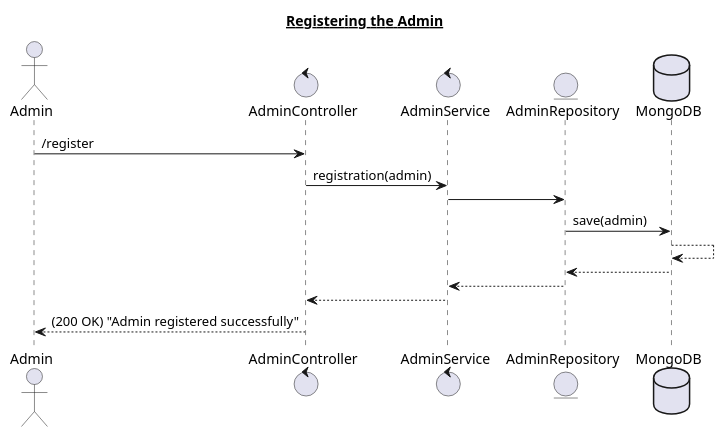
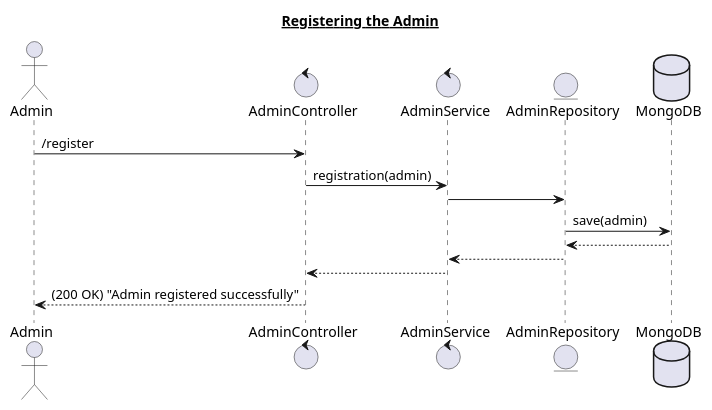
Before and after one commit to Akash-k-hub/Online-Shopping-System: the diagram in flows/AdminService/register.puml, drawn with PlantUML. The commit also changed 32 other files, not shown here.

```diff
--- a/flows/AdminService/register.puml
+++ b/flows/AdminService/register.puml
@@ -1,20 +1,19 @@
 @startuml
 title <U> Registering the Admin
 
 actor Admin
 control "AdminController" as Controller
 control "AdminService" as Service
 entity AdminRepository as Dao
 database MongoDB as DB
 
 Admin -> Controller : /register
 Controller -> Service : registration(admin)
 Service -> Dao
 Dao -> DB : save(admin)
-DB --> DB
 DB --> Dao
 Dao --> Service
 Service --> Controller
 Controller --> Admin : (200 OK) "Admin registered successfully"
 
 @enduml
```
